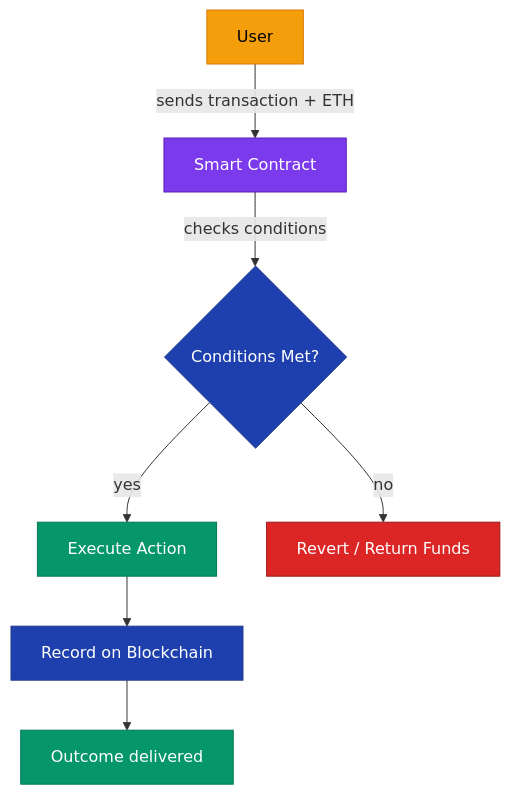
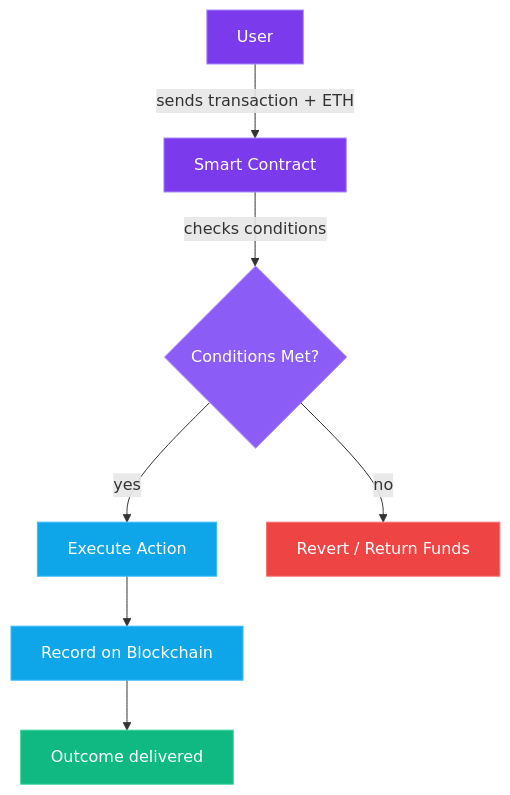
One commit to jestersimpps/cv changed the diagram in content/blog/crypto-unlocked-04-ethereum-smart-contracts.mdx. Above: the diagram before and after it, drawn with Mermaid. The commit also changed 12 other files, not shown here.

Commit message:
fix(blog): convert all mermaid diagrams to vertical (TD) for mobile readability, dark theme component

````diff
--- a/content/blog/crypto-unlocked-04-ethereum-smart-contracts.mdx
+++ b/content/blog/crypto-unlocked-04-ethereum-smart-contracts.mdx
@@ -50,17 +50,17 @@
 ```mermaid
 graph TD
     U[User] -->|sends transaction + ETH| SC[Smart Contract]
     SC -->|checks conditions| D{Conditions Met?}
     D -->|yes| E[Execute Action]
     D -->|no| R[Revert / Return Funds]
     E --> BC[Record on Blockchain]
     BC --> O[Outcome delivered]
 
-    style U fill:#f59e0b,stroke:#d97706,color:#000
-    style SC fill:#7c3aed,stroke:#5b21b6,color:#fff
-    style D fill:#1e40af,stroke:#1e3a8a,color:#fff
-    style E fill:#059669,stroke:#047857,color:#fff
-    style R fill:#dc2626,stroke:#991b1b,color:#fff
-    style BC fill:#1e40af,stroke:#1e3a8a,color:#fff
-    style O fill:#059669,stroke:#047857,color:#fff
+    style U fill:#7c3aed,stroke:#a78bfa,color:#fff
+    style SC fill:#7c3aed,stroke:#a78bfa,color:#fff
+    style D fill:#8b5cf6,stroke:#a78bfa,color:#fff
+    style E fill:#0ea5e9,stroke:#38bdf8,color:#fff
+    style R fill:#ef4444,stroke:#f87171,color:#fff
+    style BC fill:#0ea5e9,stroke:#38bdf8,color:#fff
+    style O fill:#10b981,stroke:#34d399,color:#fff
 ```
````
